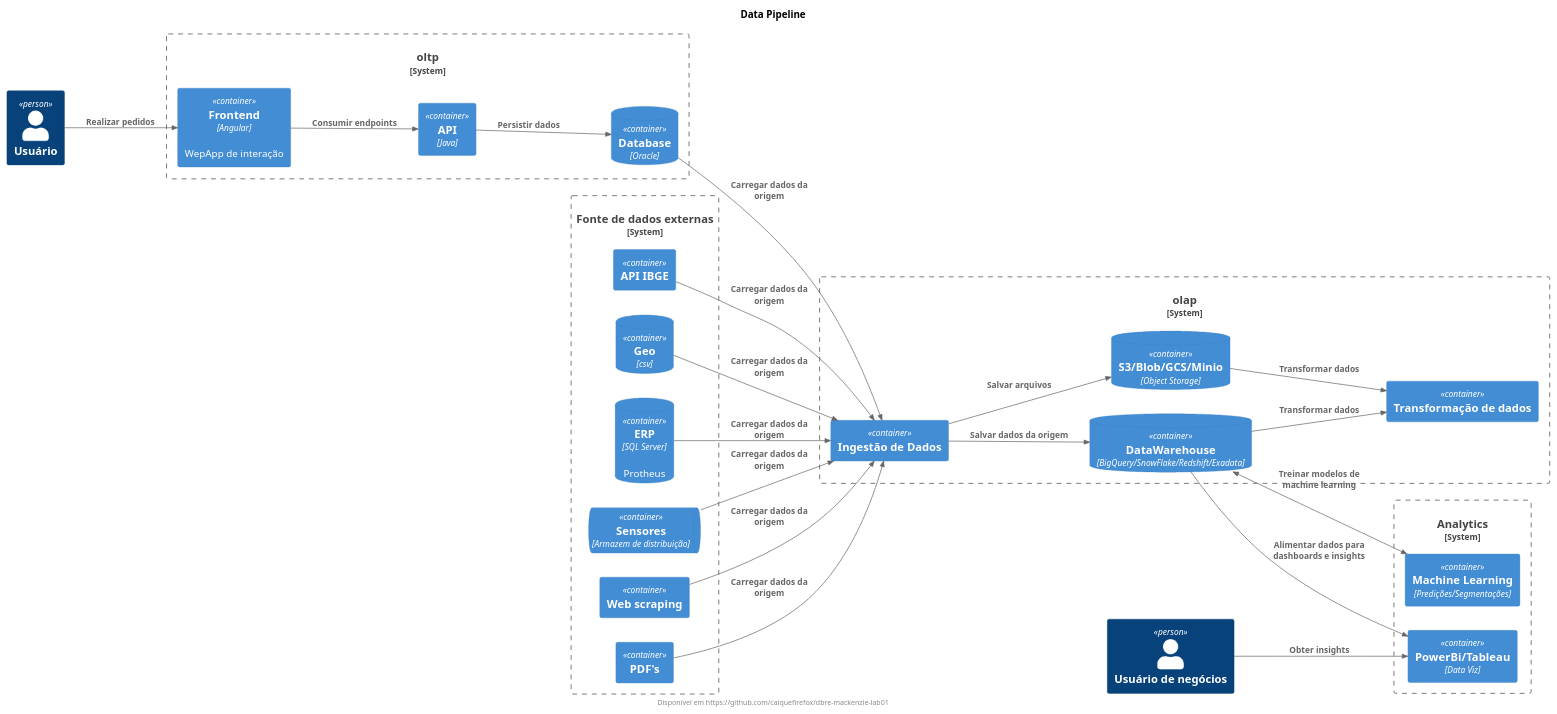
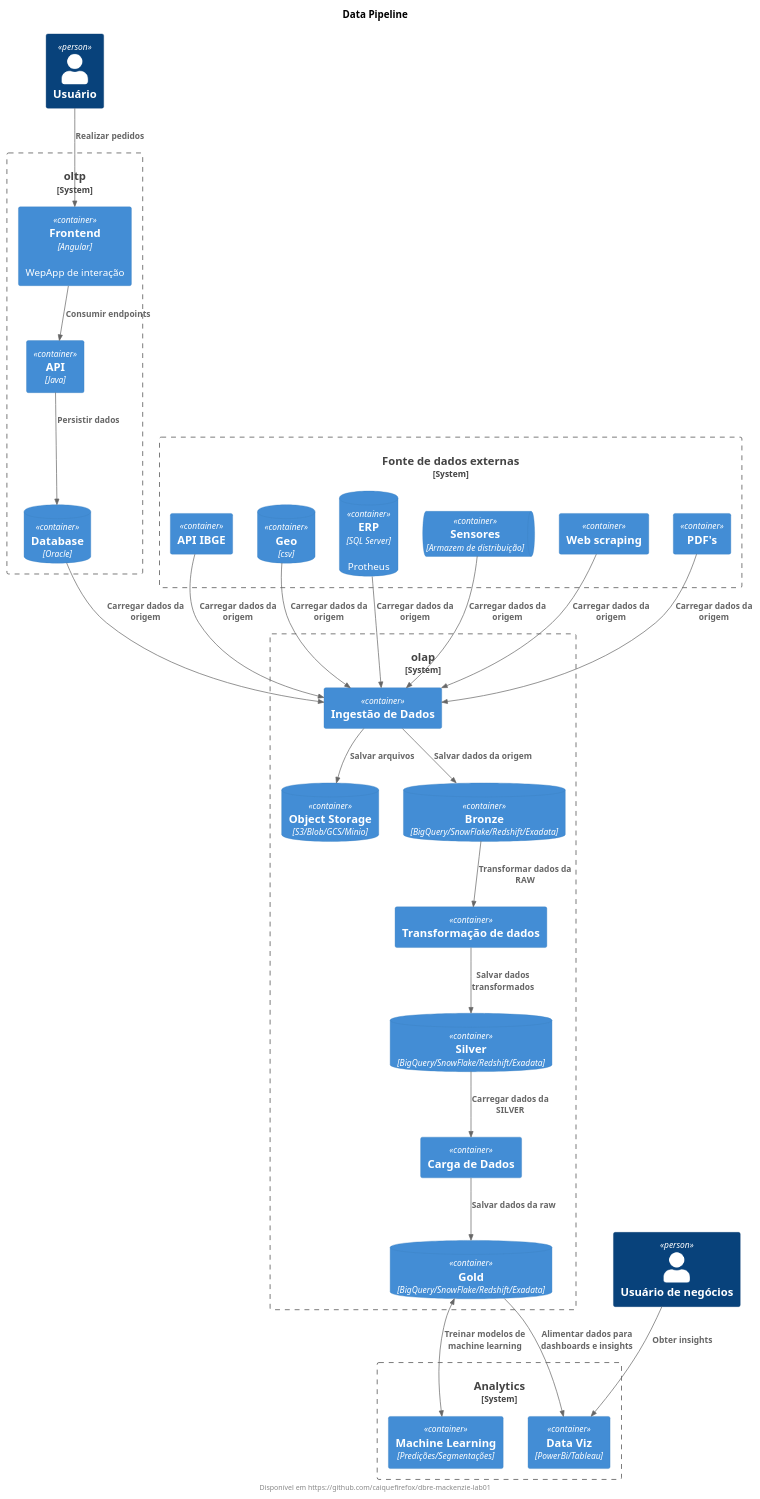
The diagram in diagrams/data_pipeline.puml (caiquefirefox/dbre-mackenzie-lab01), drawn with PlantUML before and after one commit.

Commit message:
feat: add data medallion layers

```diff
--- a/diagrams/data_pipeline.puml
+++ b/diagrams/data_pipeline.puml
@@ -1,60 +1,66 @@
 @startuml diagram
 title Data Pipeline
 footer Disponível em https://github.com/caiquefirefox/dbre-mackenzie-lab01
 
 !include https://raw.githubusercontent.com/plantuml-stdlib/C4-PlantUML/master/C4_Context.puml
 !include https://raw.githubusercontent.com/plantuml-stdlib/C4-PlantUML/master/C4_Container.puml
-LAYOUT_LANDSCAPE()
+LAYOUT_TOP_DOWN()
 
 Person(user, "Usuário")
 Person(user_business, "Usuário de negócios")
 
 System_Boundary(oltp, "oltp"){
     Container(frontend, "Frontend", "Angular", "WepApp de interação")
     Container(api, "API", "Java")
     ContainerDb(db, "Database", "Oracle")
 }
 
 System_Boundary(data_sources, "Fonte de dados externas"){
     Container(ibge, "API IBGE")
     ContainerDb(correio, "Geo", "csv")
     ContainerDb(erp, "ERP", "SQL Server", "Protheus")
     ContainerQueue(iot, "Sensores", "Armazem de distribuição")
     Container(scraping, "Web scraping")
     Container(pdf, "PDF's")
 }
 
 System_Boundary(olap, "olap"){
     Container(extraction, "Ingestão de Dados")
-    ContainerDb(dw, "DataWarehouse", "BigQuery/SnowFlake/Redshift/Exadata")
-    ContainerDb(object_storage, "S3/Blob/GCS/Minio", "Object Storage")
+    Container(transformation, "Transformação de dados")
+    Container(load, "Carga de Dados")
+
+    ContainerDb(object_storage, "Object Storage", "S3/Blob/GCS/Minio")
+    ContainerDb(raw, "Bronze", "BigQuery/SnowFlake/Redshift/Exadata")
+    ContainerDb(silver, "Silver", "BigQuery/SnowFlake/Redshift/Exadata")
+    ContainerDb(dw, "Gold", "BigQuery/SnowFlake/Redshift/Exadata")    
     
-    Container(transformation, "Transformação de dados")
-    
-    Rel(extraction, dw, "Salvar dados da origem")
+    Rel(extraction, raw, "Salvar dados da origem")
+    Rel(raw, transformation, "Transformar dados da RAW")
+    Rel(transformation, silver, "Salvar dados transformados")
+
+    Rel(silver, load, "Carregar dados da SILVER")
+    Rel(load, dw, "Salvar dados da raw")
     Rel(extraction, object_storage, "Salvar arquivos")
-    Rel(dw, transformation, "Transformar dados")
-    Rel(object_storage, transformation, "Transformar dados")
 }
 
 System_Boundary(analytics, "Analytics"){
-    Container(dataviz, "PowerBi/Tableau", "Data Viz")
+    Container(dataviz, "Data Viz", "PowerBi/Tableau")
     Container(ml, "Machine Learning", "Predições/Segmentações")
 }
 
 Rel(user, frontend, "Realizar pedidos")
 Rel(user_business, dataviz, "Obter insights")
 
 Rel(frontend, api, "Consumir endpoints")
 Rel(api, db, "Persistir dados")
 Rel(db, extraction, "Carregar dados da origem")
 Rel(ibge, extraction, "Carregar dados da origem")
 Rel(correio, extraction, "Carregar dados da origem")
 Rel(iot, extraction, "Carregar dados da origem")
 Rel(erp, extraction, "Carregar dados da origem")
 Rel(scraping, extraction, "Carregar dados da origem")
 Rel(pdf, extraction, "Carregar dados da origem")
 Rel(dw, dataviz, "Alimentar dados para dashboards e insights")
 BiRel(dw, ml, "Treinar modelos de machine learning")
 
 @enduml
```
